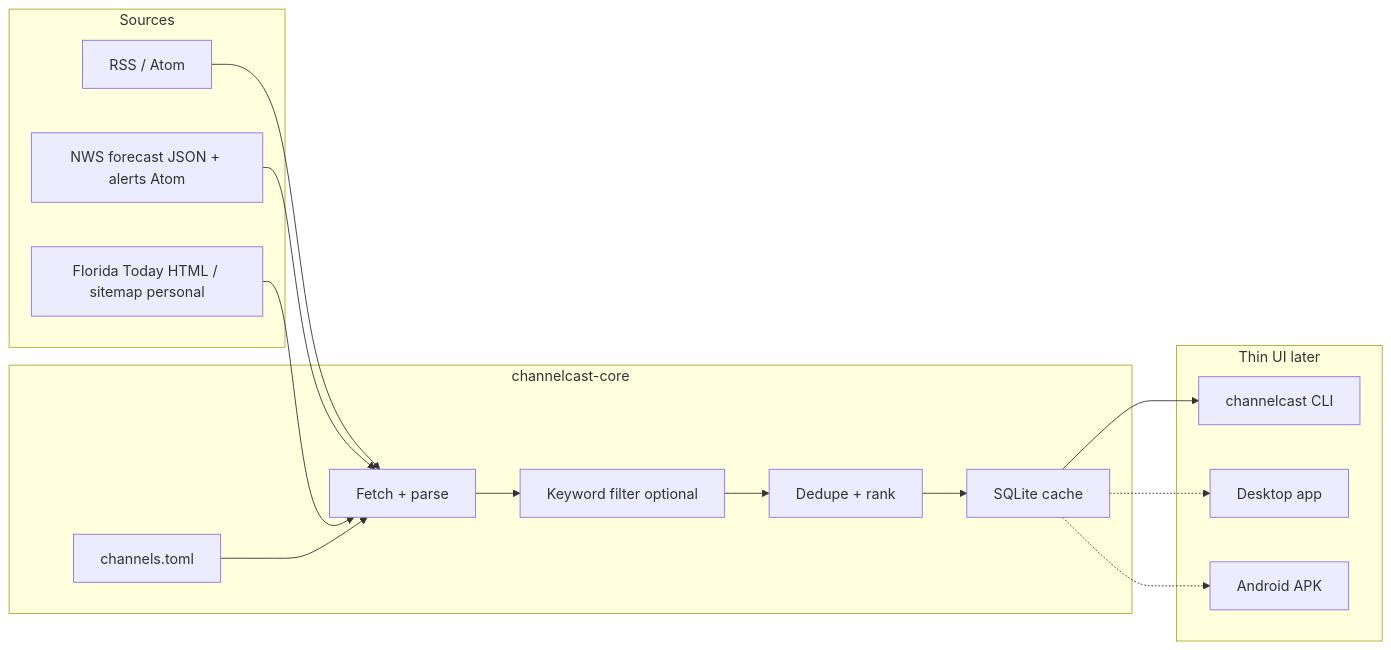
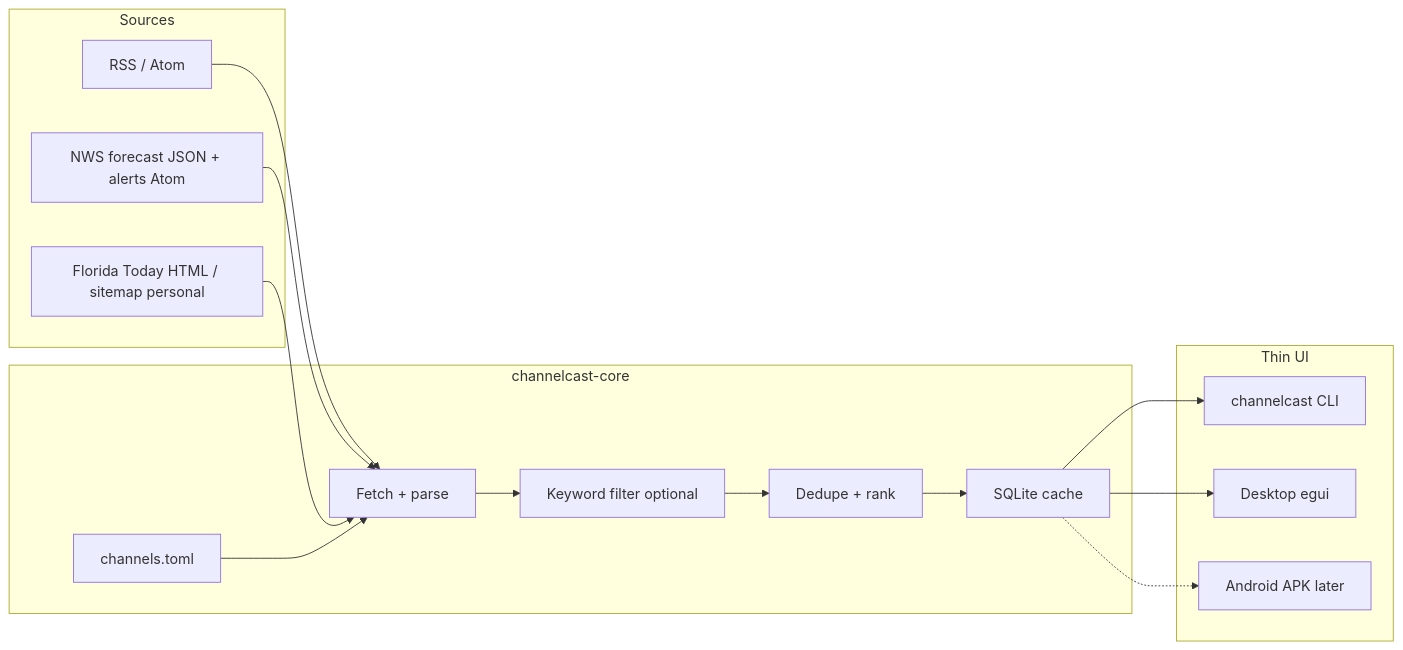
The diagram in README.md (cruiseliner/channelcast), drawn with Mermaid before and after one commit. The commit also changed other lines of this file and 6 other files, not shown here.

First line of the commit message:
Add egui desktop shell for browsing channels and headlines

````diff
--- a/README.md
+++ b/README.md
@@ -25,27 +25,27 @@
 ```mermaid
 flowchart LR
   subgraph sources [Sources]
     RSS[RSS / Atom]
     NWS[NWS forecast JSON + alerts Atom]
     FT[Florida Today HTML / sitemap personal]
   end
   subgraph core [channelcast-core]
     Cfg[channels.toml]
     Fetch[Fetch + parse]
     Kw[Keyword filter optional]
     Rank[Dedupe + rank]
     Store[SQLite cache]
   end
-  subgraph ui [Thin UI later]
+  subgraph ui [Thin UI]
     CLI[channelcast CLI]
-    Desk[Desktop app]
-    And[Android APK]
+    Desk[Desktop egui]
+    And[Android APK later]
   end
   RSS --> Fetch
   NWS --> Fetch
   FT --> Fetch
   Cfg --> Fetch --> Kw --> Rank --> Store
   Store --> CLI
-  Store -.-> Desk
+  Store --> Desk
   Store -.-> And
 ```
````
